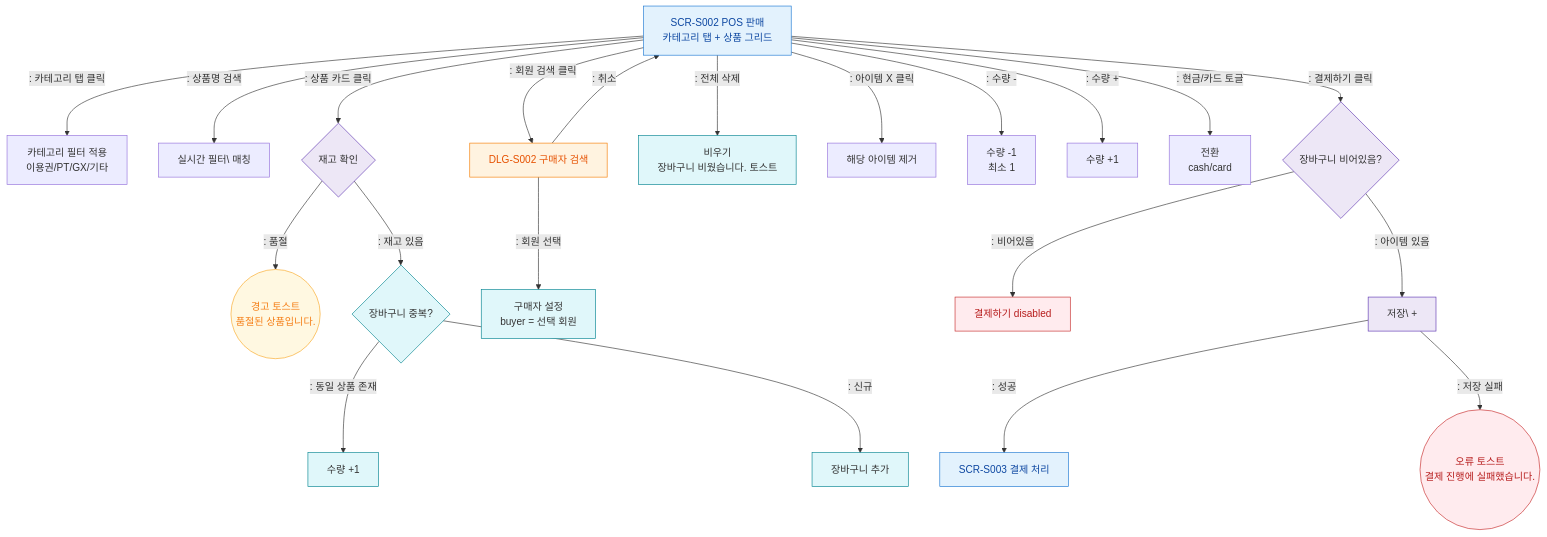
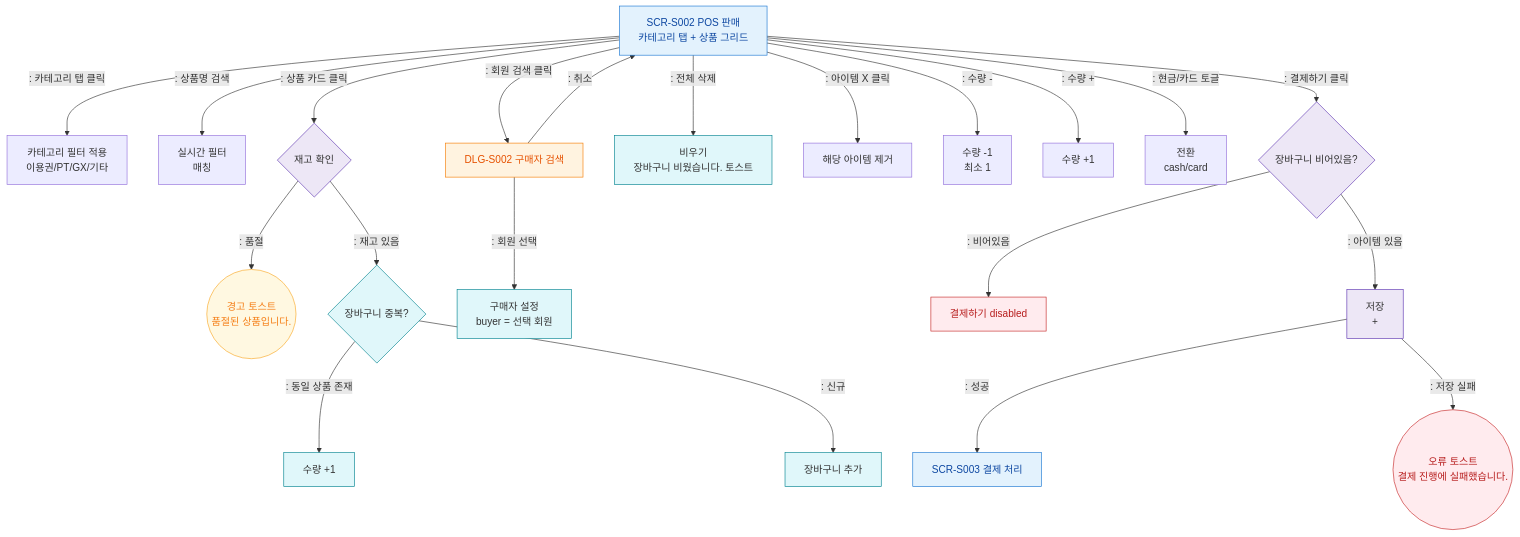
The diagram in docs/admin/다이어그램/D03_매출관리/SCR-S002_POS판매/F2_메인.md (dev-spogym/admin-pando), drawn with Mermaid before and after one commit. The commit also changed 369 other files, not shown here.

````diff
--- a/docs/admin/다이어그램/D03_매출관리/SCR-S002_POS판매/F2_메인.md
+++ b/docs/admin/다이어그램/D03_매출관리/SCR-S002_POS판매/F2_메인.md
@@ -18,43 +18,43 @@
 ```mermaid
 flowchart TD
     S002[SCR-S002 POS 판매\n카테고리 탭 + 상품 그리드]
 
     S002 -->|": 카테고리 탭 클릭"|CAT[카테고리 필터 적용\n이용권/PT/GX/기타]
-    S002 -->|": 상품명 검색"|SEARCH[실시간 필터\ 매칭]
+    S002 -->|": 상품명 검색"|SEARCH[실시간 필터<br/> 매칭]
 
     S002 -->|": 상품 카드 클릭"|STOCK_CHECK{재고 확인}
     STOCK_CHECK -->|": 품절"|TOAST_SOLDOUT((경고 토스트\n품절된 상품입니다.))
     STOCK_CHECK -->|": 재고 있음"|CART_ADD{장바구니 중복?}
     CART_ADD -->|": 동일 상품 존재"|CART_QTY[수량 +1]
     CART_ADD -->|": 신규"|CART_NEW[장바구니 추가]
 
     S002 -->|": 회원 검색 클릭"|DLG_S002[DLG-S002 구매자 검색]
     DLG_S002 -->|": 회원 선택"|BUYER_SET[구매자 설정\nbuyer = 선택 회원]
     DLG_S002 -->|": 취소"|S002
 
     S002 -->|": 전체 삭제"|CART_CLEAR[비우기\n장바구니 비웠습니다. 토스트]
     S002 -->|": 아이템 X 클릭"|ITEM_REMOVE[해당 아이템 제거]
     S002 -->|": 수량 -"|QTY_DEC[수량 -1\n최소 1]
     S002 -->|": 수량 +"|QTY_INC[수량 +1]
     S002 -->|": 현금/카드 토글"|PRICE_TYPE[전환\ncash/card]
 
     S002 -->|": 결제하기 클릭"|CHECKOUT_VALID{장바구니 비어있음?}
     CHECKOUT_VALID -->|": 비어있음"|CHECKOUT_DISABLED[결제하기 disabled]
-    CHECKOUT_VALID -->|": 아이템 있음"|SESSION_SAVE[저장\ +]
+    CHECKOUT_VALID -->|": 아이템 있음"|SESSION_SAVE[저장<br/> +]
     SESSION_SAVE -->|": 성공"|SCR_S003[SCR-S003 결제 처리]
     SESSION_SAVE -->|": 저장 실패"|TOAST_ERR((오류 토스트\n결제 진행에 실패했습니다.))
 
     classDef screen fill:#E3F2FD,stroke:#1976D2,color:#0D47A1
     classDef modal fill:#FFF3E0,stroke:#F57C00,color:#E65100
     classDef error fill:#FFEBEE,stroke:#C62828,color:#B71C1C
     classDef warning fill:#FFF8E1,stroke:#F9A825,color:#F57F17
     classDef system fill:#EDE7F6,stroke:#5E35B2
     classDef info fill:#E0F7FA,stroke:#00838F
 
     class S002,SCR_S003 screen
     class DLG_S002 modal
     class TOAST_ERR,CHECKOUT_DISABLED error
     class TOAST_SOLDOUT warning
     class STOCK_CHECK,CART_ADD,CHECKOUT_VALID,SESSION_SAVE system
     class CART_ADD,CART_NEW,CART_QTY,BUYER_SET,CART_CLEAR info
 ```
````
